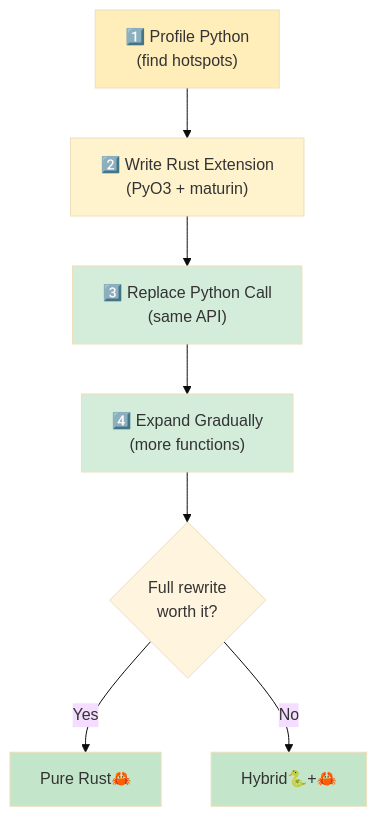
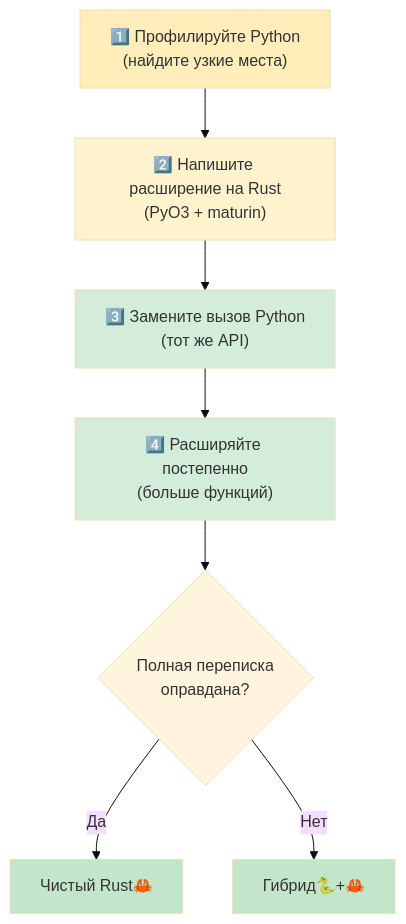
The diagram in python-book/src/ch15-migration-patterns.md (r007/RustTraining-Rus), drawn with Mermaid (base theme) before and after one commit. The commit also changed other lines of this file and 4 other files, not shown here.

````diff
--- a/python-book/src/ch15-migration-patterns.md
+++ b/python-book/src/ch15-migration-patterns.md
@@ -253,15 +252,15 @@
 ```mermaid
 flowchart TB
-    A["1️⃣ Profile Python<br/>(find hotspots)"] --> B["2️⃣ Write Rust Extension<br/>(PyO3 + maturin)"]
-    B --> C["3️⃣ Replace Python Call<br/>(same API)"]
-    C --> D["4️⃣ Expand Gradually<br/>(more functions)"]
-    D --> E{"Full rewrite<br/>worth it?"}
-    E -->|Yes| F["Pure Rust🦀"]
-    E -->|No| G["Hybrid🐍+🦀"]
+    A["1️⃣ Профилируйте Python<br/>(найдите узкие места)"] --> B["2️⃣ Напишите расширение на Rust<br/>(PyO3 + maturin)"]
+    B --> C["3️⃣ Замените вызов Python<br/>(тот же API)"]
+    C --> D["4️⃣ Расширяйте постепенно<br/>(больше функций)"]
+    D --> E{"Полная переписка<br/>оправдана?"}
+    E -->|Да| F["Чистый Rust🦀"]
+    E -->|Нет| G["Гибрид🐍+🦀"]
     style A fill:#ffeeba
     style B fill:#fff3cd
     style C fill:#d4edda
     style D fill:#d4edda
     style F fill:#c3e6cb
     style G fill:#c3e6cb
 ```
````
